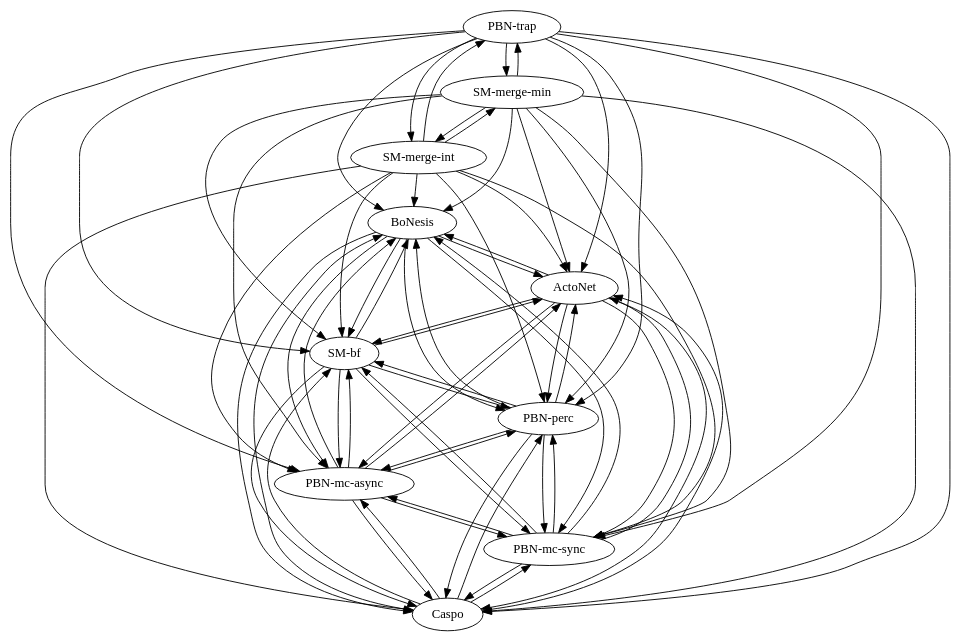
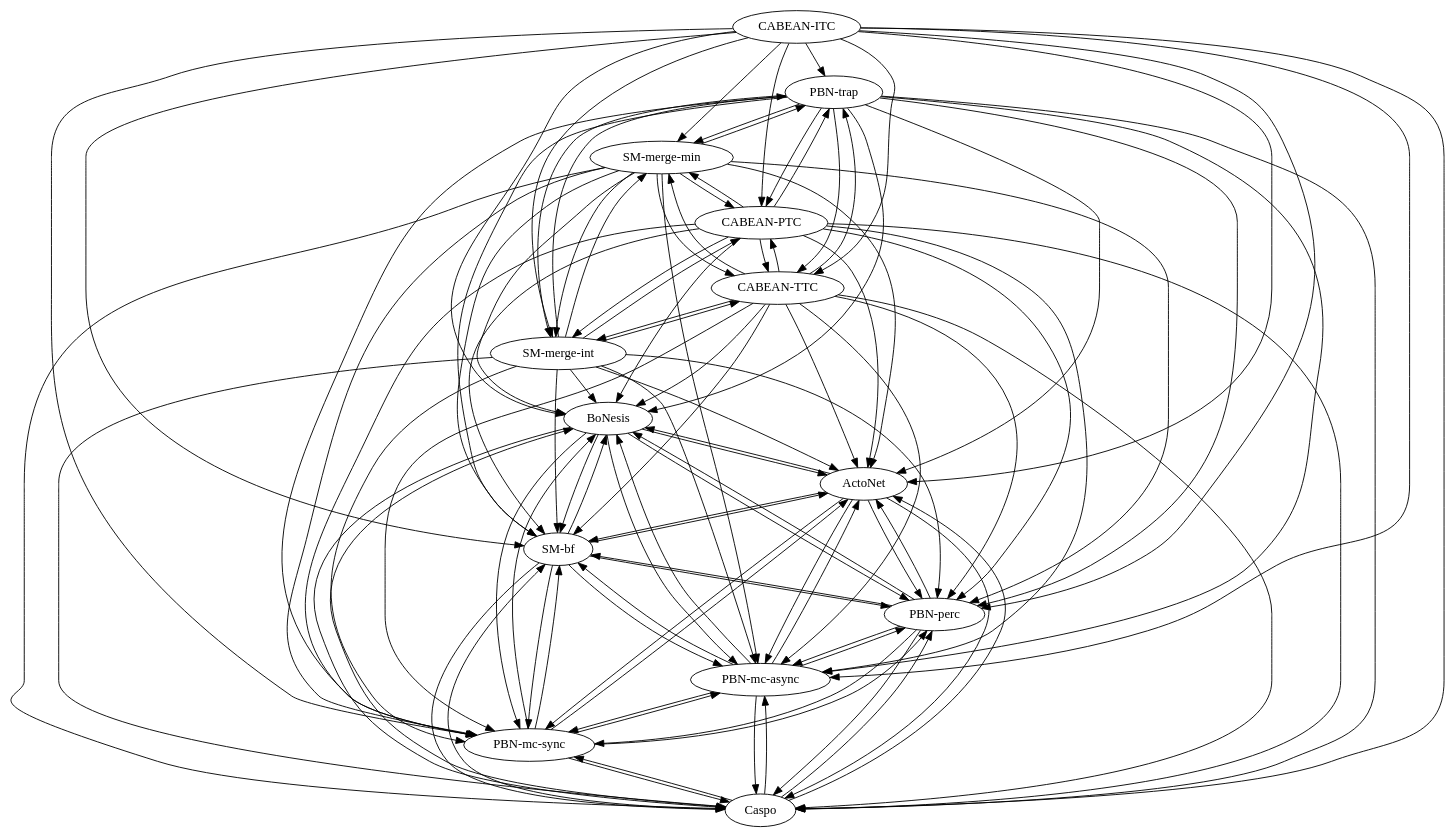
The diagram in experiments/results/counterexamples/ce_yes_OI_no_OT/_graph.dot (kalebmoon07/BN-control-taxonomy), drawn with Graphviz before and after one commit. The commit also changed 85 other files, not shown here.

```diff
--- a/experiments/results/counterexamples/ce_yes_OI_no_OT/_graph.dot
+++ b/experiments/results/counterexamples/ce_yes_OI_no_OT/_graph.dot
@@ -1,81 +1,124 @@
 strict digraph  {
 BoNesis;
 ActoNet;
 Caspo;
 "PBN-mc-sync";
 "PBN-mc-async";
 "PBN-perc";
 "PBN-trap";
 "SM-bf";
 "SM-merge-min";
 "SM-merge-int";
+"CABEAN-ITC";
+"CABEAN-TTC";
+"CABEAN-PTC";
 BoNesis -> ActoNet;
 BoNesis -> Caspo;
 BoNesis -> "PBN-mc-sync";
 BoNesis -> "PBN-mc-async";
 BoNesis -> "PBN-perc";
 BoNesis -> "SM-bf";
 ActoNet -> BoNesis;
 ActoNet -> Caspo;
 ActoNet -> "PBN-mc-sync";
 ActoNet -> "PBN-mc-async";
 ActoNet -> "PBN-perc";
 ActoNet -> "SM-bf";
 Caspo -> ActoNet;
 Caspo -> BoNesis;
 Caspo -> "PBN-mc-sync";
 Caspo -> "PBN-mc-async";
 Caspo -> "PBN-perc";
 Caspo -> "SM-bf";
 "PBN-mc-sync" -> ActoNet;
 "PBN-mc-sync" -> BoNesis;
 "PBN-mc-sync" -> Caspo;
 "PBN-mc-sync" -> "PBN-mc-async";
 "PBN-mc-sync" -> "PBN-perc";
 "PBN-mc-sync" -> "SM-bf";
 "PBN-mc-async" -> ActoNet;
 "PBN-mc-async" -> BoNesis;
 "PBN-mc-async" -> Caspo;
 "PBN-mc-async" -> "PBN-mc-sync";
 "PBN-mc-async" -> "PBN-perc";
 "PBN-mc-async" -> "SM-bf";
 "PBN-perc" -> ActoNet;
 "PBN-perc" -> BoNesis;
 "PBN-perc" -> Caspo;
 "PBN-perc" -> "PBN-mc-sync";
 "PBN-perc" -> "PBN-mc-async";
 "PBN-perc" -> "SM-bf";
 "PBN-trap" -> ActoNet;
 "PBN-trap" -> BoNesis;
 "PBN-trap" -> Caspo;
 "PBN-trap" -> "PBN-mc-sync";
 "PBN-trap" -> "PBN-mc-async";
 "PBN-trap" -> "PBN-perc";
 "PBN-trap" -> "SM-bf";
 "PBN-trap" -> "SM-merge-min";
 "PBN-trap" -> "SM-merge-int";
+"PBN-trap" -> "CABEAN-TTC";
+"PBN-trap" -> "CABEAN-PTC";
 "SM-bf" -> ActoNet;
 "SM-bf" -> BoNesis;
 "SM-bf" -> Caspo;
 "SM-bf" -> "PBN-mc-sync";
 "SM-bf" -> "PBN-mc-async";
 "SM-bf" -> "PBN-perc";
 "SM-merge-min" -> ActoNet;
 "SM-merge-min" -> BoNesis;
 "SM-merge-min" -> Caspo;
 "SM-merge-min" -> "PBN-mc-sync";
 "SM-merge-min" -> "PBN-mc-async";
 "SM-merge-min" -> "PBN-perc";
 "SM-merge-min" -> "PBN-trap";
 "SM-merge-min" -> "SM-bf";
 "SM-merge-min" -> "SM-merge-int";
+"SM-merge-min" -> "CABEAN-TTC";
+"SM-merge-min" -> "CABEAN-PTC";
 "SM-merge-int" -> ActoNet;
 "SM-merge-int" -> BoNesis;
 "SM-merge-int" -> Caspo;
 "SM-merge-int" -> "PBN-mc-sync";
 "SM-merge-int" -> "PBN-mc-async";
 "SM-merge-int" -> "PBN-perc";
 "SM-merge-int" -> "PBN-trap";
 "SM-merge-int" -> "SM-bf";
 "SM-merge-int" -> "SM-merge-min";
+"SM-merge-int" -> "CABEAN-TTC";
+"SM-merge-int" -> "CABEAN-PTC";
+"CABEAN-ITC" -> ActoNet;
+"CABEAN-ITC" -> BoNesis;
+"CABEAN-ITC" -> Caspo;
+"CABEAN-ITC" -> "PBN-mc-sync";
+"CABEAN-ITC" -> "PBN-mc-async";
+"CABEAN-ITC" -> "PBN-perc";
+"CABEAN-ITC" -> "PBN-trap";
+"CABEAN-ITC" -> "SM-bf";
+"CABEAN-ITC" -> "SM-merge-min";
+"CABEAN-ITC" -> "SM-merge-int";
+"CABEAN-ITC" -> "CABEAN-TTC";
+"CABEAN-ITC" -> "CABEAN-PTC";
+"CABEAN-TTC" -> ActoNet;
+"CABEAN-TTC" -> BoNesis;
+"CABEAN-TTC" -> Caspo;
+"CABEAN-TTC" -> "PBN-mc-sync";
+"CABEAN-TTC" -> "PBN-mc-async";
+"CABEAN-TTC" -> "PBN-perc";
+"CABEAN-TTC" -> "PBN-trap";
+"CABEAN-TTC" -> "SM-bf";
+"CABEAN-TTC" -> "SM-merge-min";
+"CABEAN-TTC" -> "SM-merge-int";
+"CABEAN-TTC" -> "CABEAN-PTC";
+"CABEAN-PTC" -> ActoNet;
+"CABEAN-PTC" -> BoNesis;
+"CABEAN-PTC" -> Caspo;
+"CABEAN-PTC" -> "PBN-mc-sync";
+"CABEAN-PTC" -> "PBN-mc-async";
+"CABEAN-PTC" -> "PBN-perc";
+"CABEAN-PTC" -> "PBN-trap";
+"CABEAN-PTC" -> "SM-bf";
+"CABEAN-PTC" -> "SM-merge-min";
+"CABEAN-PTC" -> "SM-merge-int";
+"CABEAN-PTC" -> "CABEAN-TTC";
 }
```
